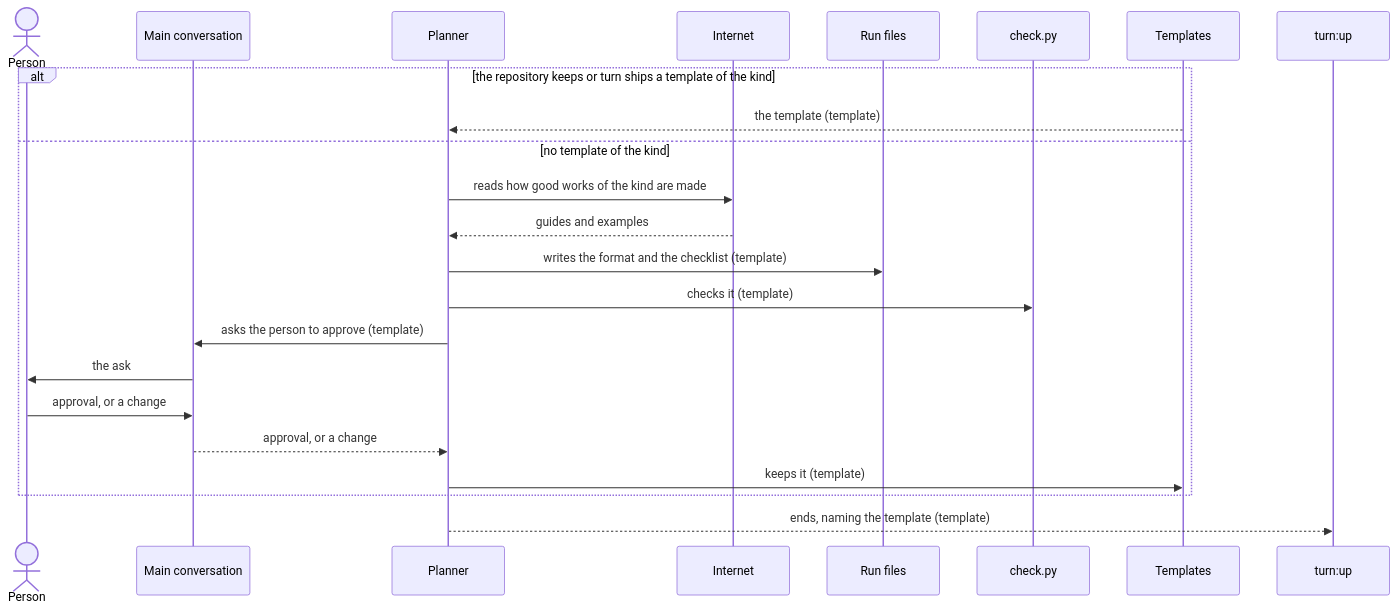
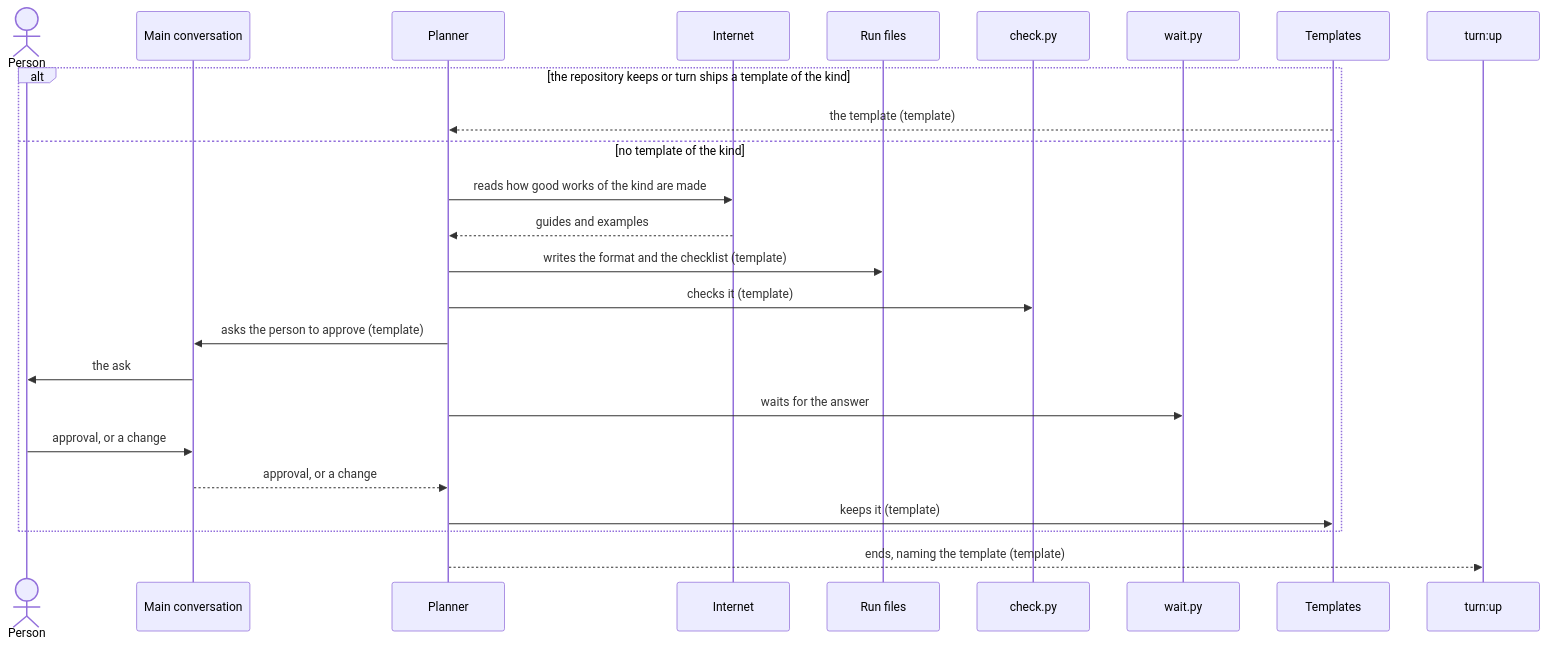
The second of 6 diagrams in dev/turn/architecture.md (lovaizu/ccpm), drawn with Mermaid before and after one commit. The commit also changed other lines of this file and 3 other files, not shown here.

````diff
--- a/dev/turn/architecture.md
+++ b/dev/turn/architecture.md
@@ -266,25 +263,27 @@
 ```mermaid
 sequenceDiagram
   actor P as Person
   participant M as Main conversation
   participant PL as Planner
   participant W as Internet
   participant R as Run files
   participant C as check.py
+  participant WT as wait.py
   participant T as Templates
   participant U as turn:up
   alt the repository keeps or turn ships a template of the kind
     T-->>PL: the template (template)
   else no template of the kind
     PL->>W: reads how good works of the kind are made
     W-->>PL: guides and examples
     PL->>R: writes the format and the checklist (template)
     PL->>C: checks it (template)
     PL->>M: asks the person to approve (template)
     M->>P: the ask
+    PL->>WT: waits for the answer
     P->>M: approval, or a change
     M-->>PL: approval, or a change
     PL->>T: keeps it (template)
   end
   PL-->>U: ends, naming the template (template)
 ```
````
